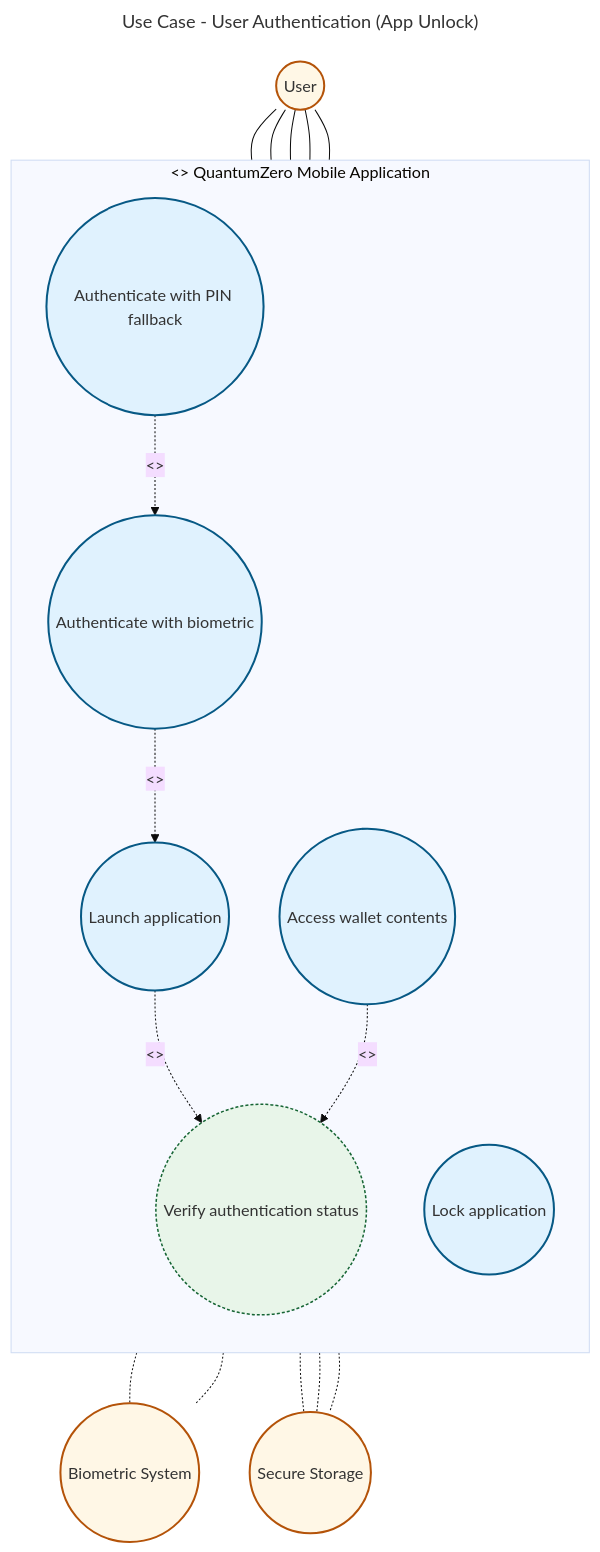
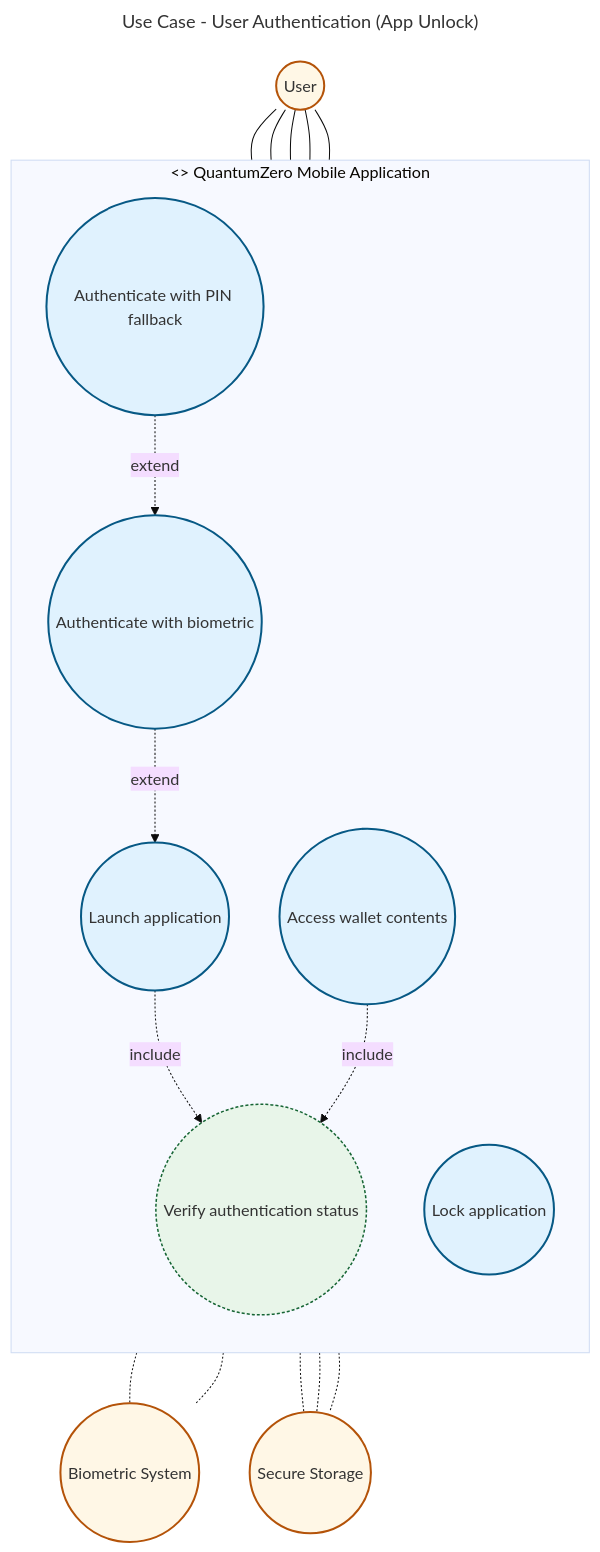
Before and after one commit to CHATEAUFORGE-LLC/QuantumZero: the diagram in diagrams/usecase-mobile-app-unlock.mmd, drawn with Mermaid. The commit also changed 63 other files, not shown here.

Commit message:
high resolution for png's and updated use case syntax for include and extend

```diff
--- a/diagrams/usecase-mobile-app-unlock.mmd
+++ b/diagrams/usecase-mobile-app-unlock.mmd
@@ -1,54 +1,54 @@
 ---
 title: Use Case - User Authentication (App Unlock)
 config:
   theme: base
 ---
 %% QuantumZero UML palette note: actors/external=#fff7e6/#b45309, system/component=#e0f2fe/#075985, datastore=#ecfccb/#4d7c0f, notes=#fff9c4/#d97706. Aligns diagrams to Deliverable 1 UML/DFD theme.
 flowchart TB
     %% QuantumZero UML palette (standardized)
     classDef actor fill:#fff7e6,stroke:#b45309,stroke-width:2px
     classDef system fill:#eef2ff,stroke:#4338ca,stroke-width:2px
     classDef usecase fill:#e0f2fe,stroke:#075985,stroke-width:2px
     classDef supporting fill:#e8f5e9,stroke:#166534,stroke-width:1.5px,stroke-dasharray: 3 2
 
     %% Primary Actor
     User(("User")):::actor
     
     %% Secondary Actors
     BiometricSystem(("Biometric System")):::actor
     SecureStorage(("Secure Storage")):::actor
     
     %% System Boundary
     subgraph System["<<system>> QuantumZero Mobile Application"]
         direction TB
         
         %% Use Cases (UML ellipses)
         UC1(("Launch application")):::usecase
         UC2(("Authenticate with biometric")):::usecase
         UC3(("Authenticate with PIN fallback")):::usecase
         UC4(("Access wallet contents")):::usecase
         UC5(("Lock application")):::usecase
         UC6(("Verify authentication status")):::supporting
         
         %% Use Case Relationships
-         UC1 -. <<include>> .-> UC6
-         UC4 -. <<include>> .-> UC6
-         UC2 -. <<extend>> .-> UC1
-         UC3 -. <<extend>> .-> UC2
+         UC1 -. include .-> UC6
+         UC4 -. include .-> UC6
+         UC2 -. extend .-> UC1
+         UC3 -. extend .-> UC2
     end
     
     %% Actor-Use Case Associations (simple lines)
     User --- UC1
     User --- UC2
     User --- UC3
     User --- UC4
     User --- UC5
     
     %% Secondary Actor Associations
     UC2 -.- BiometricSystem
     UC3 -.- BiometricSystem
     UC6 -.- SecureStorage
     UC4 -.- SecureStorage
     UC5 -.- SecureStorage
     
     %% Metadata note content documented in DIAGRAMS.md
```
